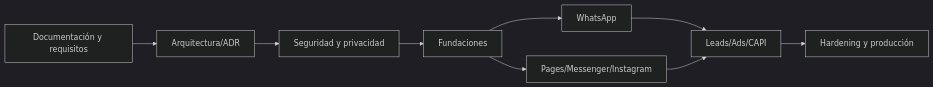
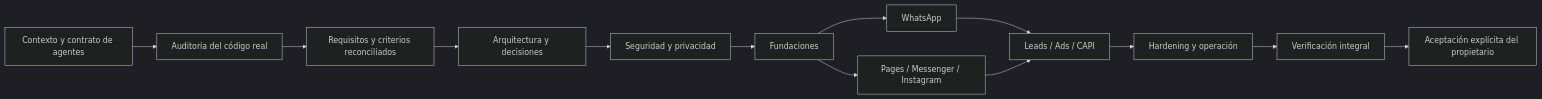
One commit to JhonnyMinian92/WhatsBusiness changed the diagram in docs/15-ROADMAP-AND-ADVANCEMENT.md. Above: the diagram before and after it, drawn with Mermaid (dark theme). The commit also changed other lines of this file, not shown here.

Commit message:
docs: align roadmap with agent-driven completion workflow

````diff
--- a/docs/15-ROADMAP-AND-ADVANCEMENT.md
+++ b/docs/15-ROADMAP-AND-ADVANCEMENT.md
@@ -34,11 +38,15 @@
 ```mermaid
 flowchart LR
-  D[Documentación y requisitos] --> A[Arquitectura/ADR]
-  A --> S[Seguridad y privacidad]
-  S --> F[Fundaciones]
-  F --> W[WhatsApp]
-  F --> P[Pages/Messenger/Instagram]
-  W --> L[Leads/Ads/CAPI]
-  P --> L
-  L --> H[Hardening y producción]
+  DOC[Contexto y contrato de agentes] --> AUD[Auditoría del código real]
+  AUD --> REQ[Requisitos y criterios reconciliados]
+  REQ --> ARCH[Arquitectura y decisiones]
+  ARCH --> SEC[Seguridad y privacidad]
+  SEC --> FOUND[Fundaciones]
+  FOUND --> WA[WhatsApp]
+  FOUND --> SOCIAL[Pages / Messenger / Instagram]
+  WA --> ACQ[Leads / Ads / CAPI]
+  SOCIAL --> ACQ
+  ACQ --> HARD[Hardening y operación]
+  HARD --> VERIFY[Verificación integral]
+  VERIFY --> OWNER[Aceptación explícita del propietario]
 ```
````
